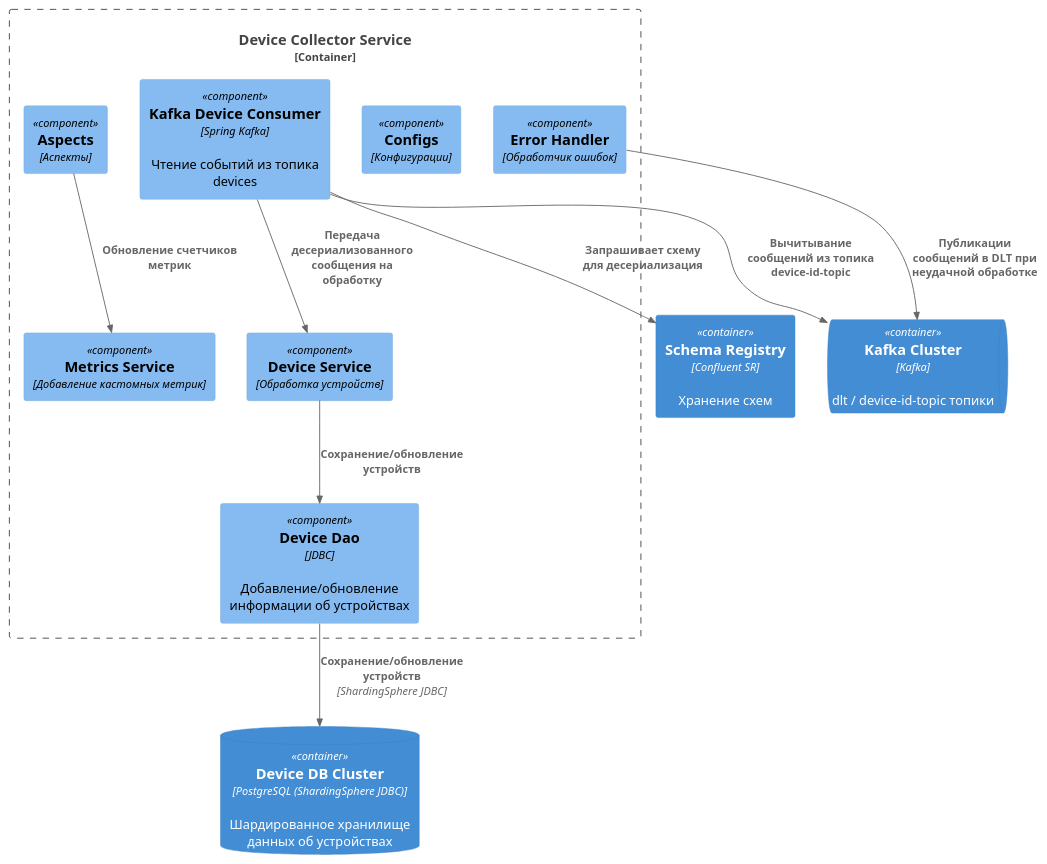
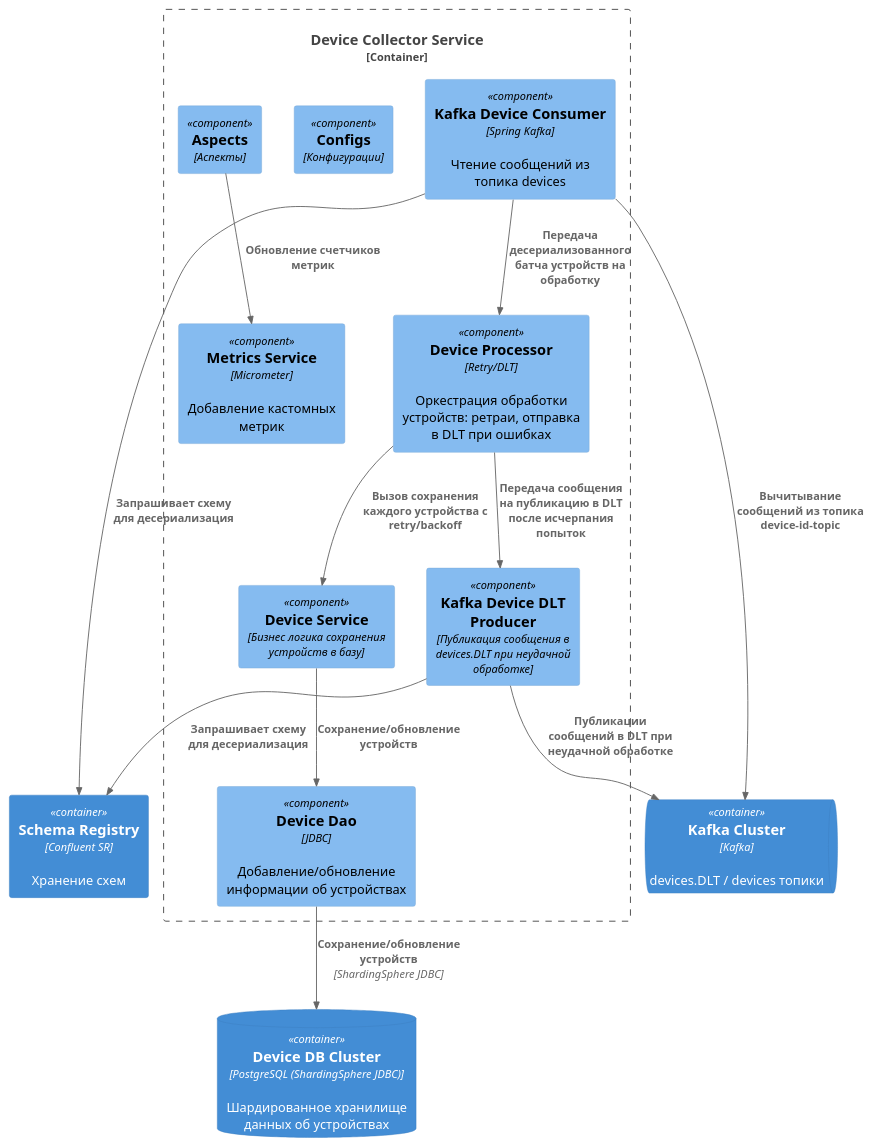
One commit to SinglePlayer56/iot changed the diagram in device-collector/diagrams/component.puml. Above: the diagram before and after it, drawn with PlantUML. The commit also changed 10 other files, not shown here.

Commit message:
Add processing device message. Update diagrams.

```diff
--- a/device-collector/diagrams/component.puml
+++ b/device-collector/diagrams/component.puml
@@ -1,27 +1,31 @@
 @startuml
 !includeurl https://raw.githubusercontent.com/plantuml-stdlib/C4-PlantUML/master/C4_Component.puml
 
 Container_Boundary(device_collector_service, "Device Collector Service") {
-    Component(device_service, "Device Service", "Обработка устройств")
+    Component(device_processor, "Device Processor", "Retry/DLT", "Оркестрация обработки устройств: ретраи, отправка в DLT при ошибках")
+    Component(device_service, "Device Service", "Бизнес логика сохранения устройств в базу")
     Component(device_repo, "Device Dao", "JDBC", "Добавление/обновление информации об устройствах")
-    Component(kafka_device_consumer, "Kafka Device Consumer", "Spring Kafka", "Чтение событий из топика devices")
-    Component(metrics_service, "Metrics Service", "Добавление кастомных метрик")
+    Component(kafka_device_consumer, "Kafka Device Consumer", "Spring Kafka", "Чтение сообщений из топика devices")
+    Component(metrics_service, "Metrics Service", "Micrometer", "Добавление кастомных метрик")
     Component(configs, "Configs", "Конфигурации")
     Component(aspects, "Aspects", "Аспекты")
-    Component(error_handler, "Error Handler", "Обработчик ошибок")
+    Component(kafka_device_dlt_producer, "Kafka Device DLT Producer", "Публикация сообщения в devices.DLT при неудачной обработке")
 
     Rel(aspects, metrics_service, "Обновление счетчиков метрик")
     Rel(device_service, device_repo, "Сохранение/обновление устройств")
-    Rel(kafka_device_consumer, device_service, "Передача десериализованного сообщения на обработку")
+    Rel(kafka_device_consumer, device_processor, "Передача десериализованного батча устройств на обработку")
+    Rel(device_processor, device_service, "Вызов сохранения каждого устройства с retry/backoff")
+    Rel(device_processor, kafka_device_dlt_producer, "Передача сообщения на публикацию в DLT после исчерпания попыток")
 }
 
 ContainerDb(device_collector_data, "Device DB Cluster", "PostgreSQL (ShardingSphere JDBC)", "Шардированное хранилище данных об устройствах")
-ContainerQueue(kafka, "Kafka Cluster", "Kafka", "dlt / device-id-topic топики")
+ContainerQueue(kafka, "Kafka Cluster", "Kafka", "devices.DLT / devices топики")
 Container(schema_registry, "Schema Registry", "Confluent SR", "Хранение схем")
 
 Rel(kafka_device_consumer, schema_registry, "Запрашивает схему для десериализация")
+Rel(kafka_device_dlt_producer, schema_registry, "Запрашивает схему для десериализация")
 Rel(kafka_device_consumer, kafka, "Вычитывание сообщений из топика device-id-topic")
-Rel(error_handler, kafka, "Публикации сообщений в DLT при неудачной обработке")
+Rel(kafka_device_dlt_producer, kafka, "Публикации сообщений в DLT при неудачной обработке")
 Rel(device_repo,device_collector_data, "Сохранение/обновление устройств", "ShardingSphere JDBC")
 
 @enduml
```
